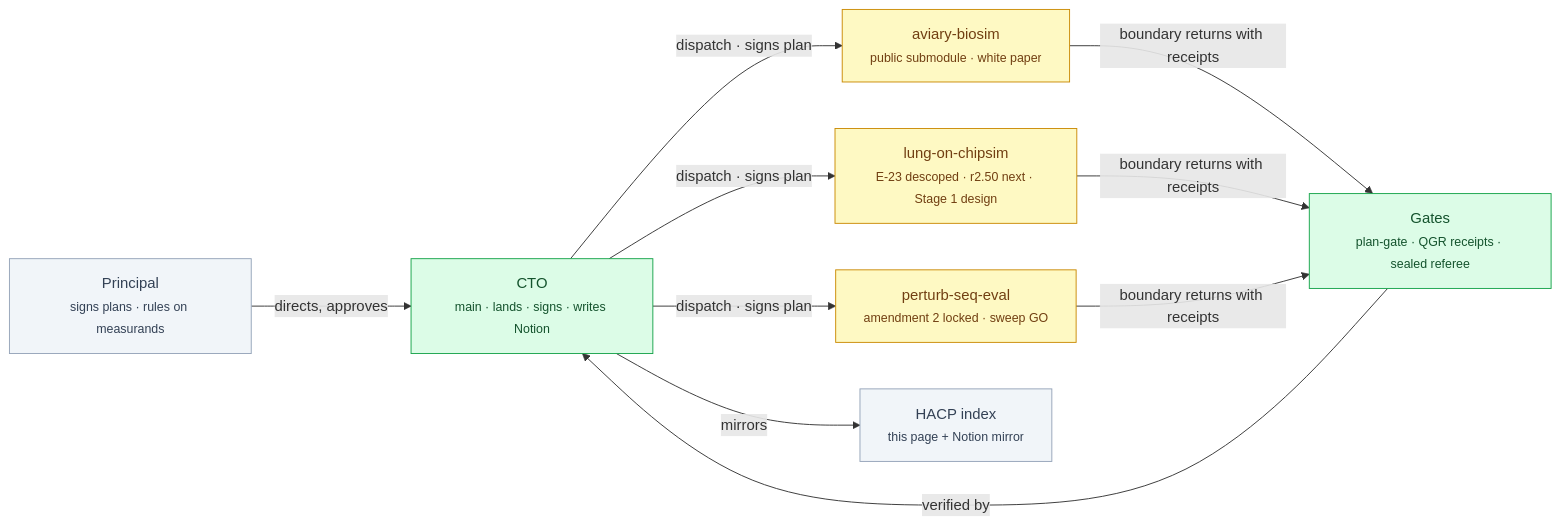
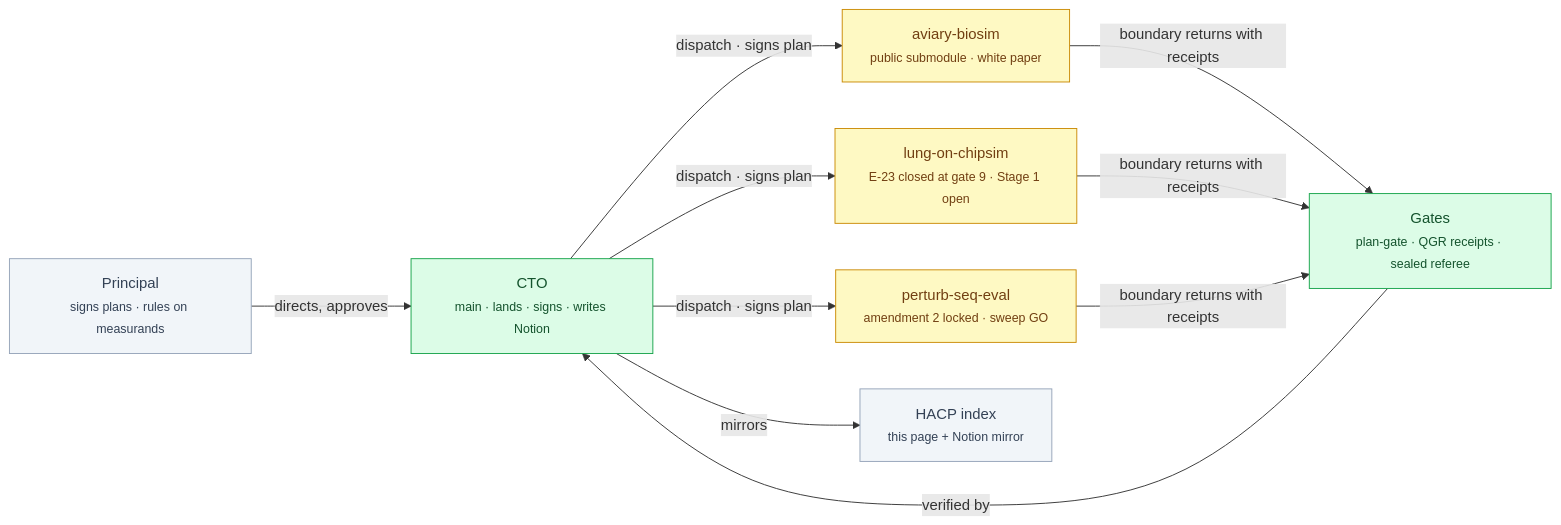
One commit to supmo668/bioFM changed the diagram in docs/hacp/index.md. Above: the diagram before and after it, drawn with Mermaid. The commit also changed other lines of this file and 4 other files, not shown here.

First line of the commit message:
main/cto: coord(lung-on-chipsim): gate 9 FAIL accepted — E-23 closed at scope reached (log row 58); headline qualified; Stage 1 opens; HACP build/eval/index updated

````diff
--- a/docs/hacp/index.md
+++ b/docs/hacp/index.md
@@ -28,20 +28,20 @@
 ```mermaid
 flowchart LR
   classDef quiet fill:#f1f5f9,stroke:#94a3b8,color:#334155
   classDef live fill:#fef9c3,stroke:#ca8a04,color:#713f12
   classDef trust fill:#dcfce7,stroke:#16a34a,color:#14532d
   P["Principal<br/><small>signs plans · rules on measurands</small>"]:::quiet
   C["CTO<br/><small>main · lands · signs · writes Notion</small>"]:::trust
   A["aviary-biosim<br/><small>public submodule · white paper</small>"]:::live
-  L["lung-on-chipsim<br/><small>E-23 descoped · r2.50 next · Stage 1 design</small>"]:::live
+  L["lung-on-chipsim<br/><small>E-23 closed at gate 9 · Stage 1 open</small>"]:::live
   Q["perturb-seq-eval<br/><small>amendment 2 locked · sweep GO</small>"]:::live
   G["Gates<br/><small>plan-gate · QGR receipts · sealed referee</small>"]:::trust
   N["HACP index<br/><small>this page + Notion mirror</small>"]:::quiet
   P -->|"directs, approves"| C
   C -->|"dispatch · signs plan"| A
   C -->|"dispatch · signs plan"| L
   C -->|"dispatch · signs plan"| Q
   A & L & Q -->|"boundary returns with receipts"| G
   G -->|"verified by"| C
   C -->|"mirrors"| N
 ```
````
